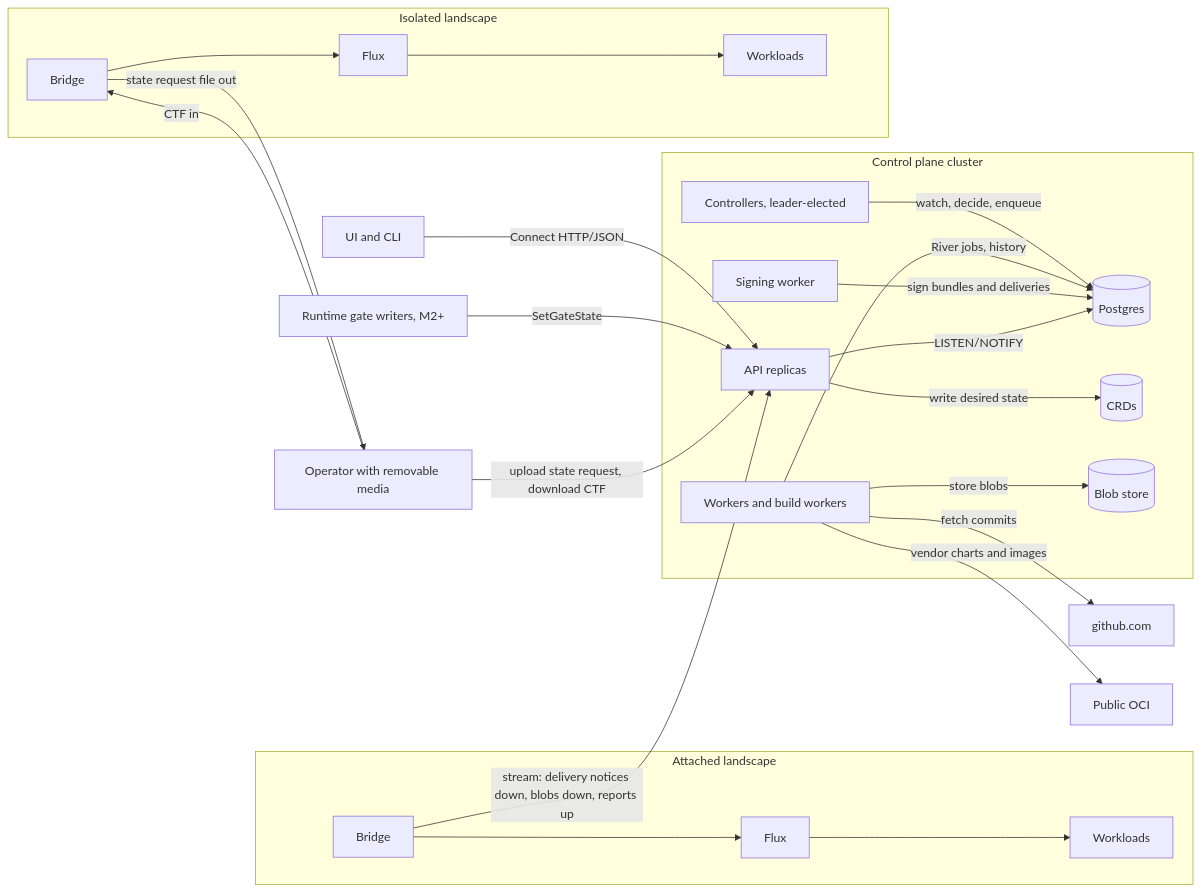
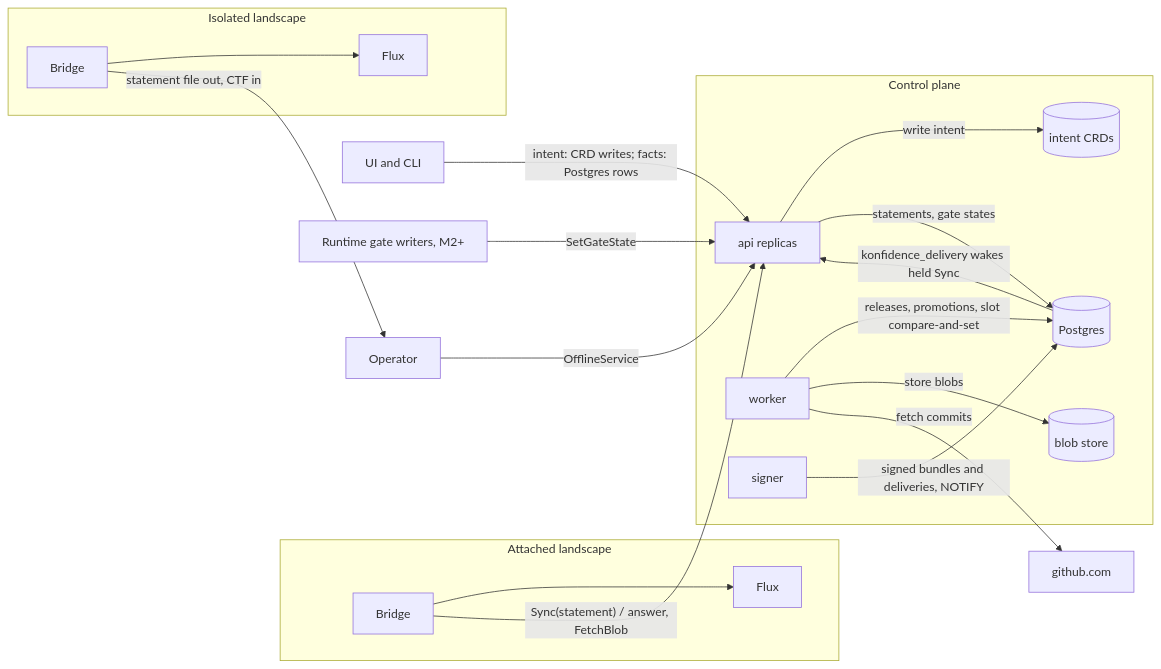
One commit to nirnanaaa/konfidence changed the diagram in docs/design/00-overview.md. Above: the diagram before and after it, drawn with Mermaid. The commit also changed other lines of this file and 12 other files, not shown here.

Commit message:
docs(design): simplify to intent CRDs, desired slots and one bridge exchange

````diff
--- a/docs/design/00-overview.md
+++ b/docs/design/00-overview.md
@@ -26,32 +37,29 @@
 ```mermaid
 flowchart LR
-  user[UI and CLI] -- "Connect HTTP/JSON" --> api
+  user[UI and CLI] -- "intent: CRD writes; facts: Postgres rows" --> api
   gw[Runtime gate writers, M2+] -- "SetGateState" --> api
-  subgraph cp[Control plane cluster]
-    api[API replicas]
-    ctl[Controllers, leader-elected]
-    wrk[Workers and build workers]
-    sig[Signing worker]
+  subgraph cp[Control plane]
+    api[api replicas]
+    wrk[worker]
+    sig[signer]
+    crd[(intent CRDs)]
     pg[(Postgres)]
-    crd[(CRDs)]
-    reg[(Blob store)]
-    api -- "write desired state" --> crd
-    ctl -- "watch, decide, enqueue" --> pg
-    wrk -- "River jobs, history" --> pg
-    sig -- "sign bundles and deliveries" --> pg
-    wrk -- "store blobs" --> reg
-    api -- "LISTEN/NOTIFY" --> pg
+    bs[(blob store)]
+    api -- "write intent" --> crd
+    api -- "statements, gate states" --> pg
+    wrk -- "releases, promotions, slot compare-and-set" --> pg
+    sig -- "signed bundles and deliveries, NOTIFY" --> pg
+    wrk -- "store blobs" --> bs
+    pg -- "konfidence_delivery wakes held Sync" --> api
   end
   wrk -- "fetch commits" --> gh[github.com]
-  wrk -- "vendor charts and images" --> pub[Public OCI]
   subgraph att[Attached landscape]
-    b1[Bridge] --> f1[Flux] --> w1[Workloads]
+    b1[Bridge] --> f1[Flux]
   end
   subgraph iso[Isolated landscape]
-    b2[Bridge] --> f2[Flux] --> w2[Workloads]
+    b2[Bridge] --> f2[Flux]
   end
-  b1 -- "stream: delivery notices down, blobs down, reports up" --> api
-  op[Operator with removable media] -- "CTF in" --> b2
-  b2 -- "state request file out" --> op
-  op -- "upload state request, download CTF" --> api
+  b1 -- "Sync(statement) / answer, FetchBlob" --> api
+  b2 -- "statement file out, CTF in" --> op[Operator]
+  op -- "OfflineService" --> api
 ```
````
